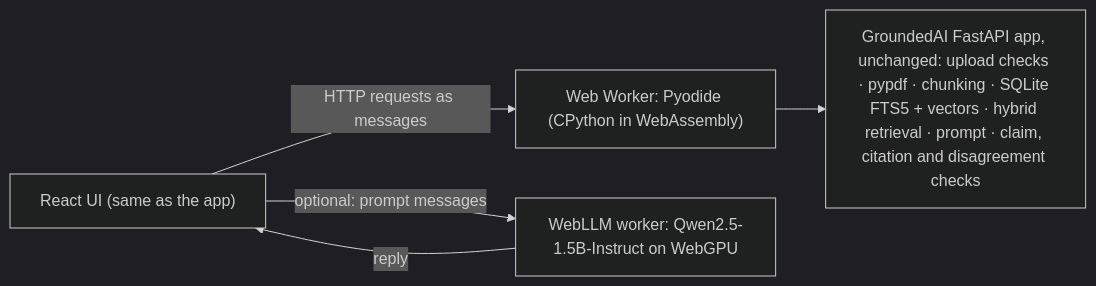
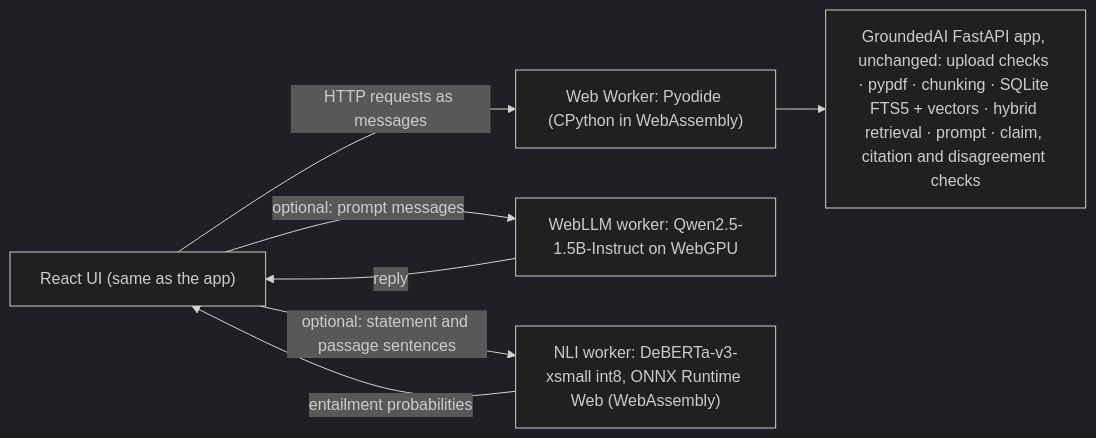
The diagram in docs/ONLINE_DEMO.md (pouyapd/GroundedAI), drawn with Mermaid (dark theme) before and after one commit. The commit also changed other lines of this file and 72 other files, not shown here.

````diff
--- a/docs/ONLINE_DEMO.md
+++ b/docs/ONLINE_DEMO.md
@@ -11,7 +11,9 @@
 ```mermaid
 flowchart LR
   UI["React UI (same as the app)"] -- "HTTP requests as messages" --> W["Web Worker: Pyodide (CPython in WebAssembly)"]
   W --> APP["GroundedAI FastAPI app, unchanged: upload checks · pypdf · chunking · SQLite FTS5 + vectors · hybrid retrieval · prompt · claim, citation and disagreement checks"]
   UI -- "optional: prompt messages" --> L["WebLLM worker: Qwen2.5-1.5B-Instruct on WebGPU"]
   L -- "reply" --> UI
+  UI -- "optional: statement and passage sentences" --> N["NLI worker: DeBERTa-v3-xsmall int8, ONNX Runtime Web (WebAssembly)"]
+  N -- "entailment probabilities" --> UI
 ```
````
